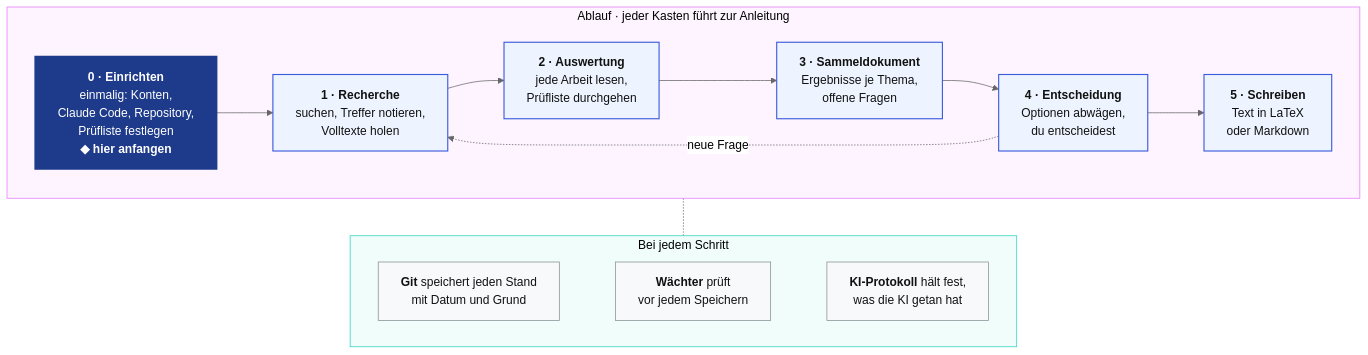
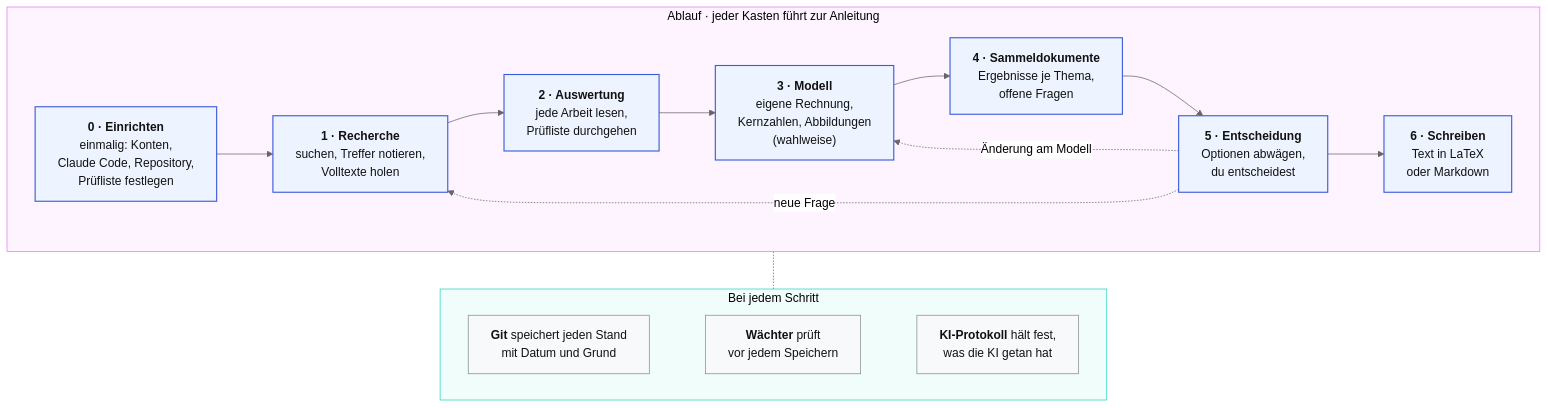
Before and after one commit to Veit-Kramer-Schoeggl/evidence-to-thesis: the diagram in README.md, drawn with Mermaid (neutral theme). The commit also changed other lines of this file and 10 other files, not shown here.

First line of the commit message:
Ablauf mit sieben Schritten wie in der Bachelorarbeit: neuer wahlweiser Schritt 3 · Modell

````diff
--- a/README.md
+++ b/README.md
@@ -32,39 +32,40 @@
 ```mermaid
 flowchart TB
     subgraph PH["Ablauf · jeder Kasten führt zur Anleitung"]
         direction LR
-        P0["<b>0 · Einrichten</b><br/>einmalig: Konten,<br/>Claude Code, Repository,<br/>Prüfliste festlegen<br/><b>◆ hier anfangen</b>"]
+        P0["<b>0 · Einrichten</b><br/>einmalig: Konten,<br/>Claude Code, Repository,<br/>Prüfliste festlegen"]
         P1["<b>1 · Recherche</b><br/>suchen, Treffer notieren,<br/>Volltexte holen"]
         P2["<b>2 · Auswertung</b><br/>jede Arbeit lesen,<br/>Prüfliste durchgehen"]
-        P3["<b>3 · Sammeldokument</b><br/>Ergebnisse je Thema,<br/>offene Fragen"]
-        P4["<b>4 · Entscheidung</b><br/>Optionen abwägen,<br/>du entscheidest"]
-        P5["<b>5 · Schreiben</b><br/>Text in LaTeX<br/>oder Markdown"]
-        P0 --> P1 --> P2 --> P3 --> P4 --> P5
-        P4 -. "neue Frage" .-> P1
+        P3["<b>3 · Modell</b><br/>eigene Rechnung,<br/>Kernzahlen, Abbildungen<br/>(wahlweise)"]
+        P4["<b>4 · Sammeldokumente</b><br/>Ergebnisse je Thema,<br/>offene Fragen"]
+        P5["<b>5 · Entscheidung</b><br/>Optionen abwägen,<br/>du entscheidest"]
+        P6["<b>6 · Schreiben</b><br/>Text in LaTeX<br/>oder Markdown"]
+        P0 --> P1 --> P2 --> P3 --> P4 --> P5 --> P6
+        P5 -. "neue Frage" .-> P1
+        P5 -. "Änderung am Modell" .-> P3
     end
     subgraph QS["Bei jedem Schritt"]
         direction LR
         Q1["<b>Git</b> speichert jeden Stand<br/>mit Datum und Grund"]
         Q2["<b>Wächter</b> prüft<br/>vor jedem Speichern"]
         Q3["<b>KI-Protokoll</b> hält fest,<br/>was die KI getan hat"]
         Q1 ~~~ Q2 ~~~ Q3
     end
     PH -.- QS
     click P0 "https://github.com/Veit-Kramer-Schoeggl/evidence-to-thesis/blob/main/ablauf/0-einrichten.md" _blank
     click P1 "https://github.com/Veit-Kramer-Schoeggl/evidence-to-thesis/blob/main/ablauf/1-recherche.md" _blank
     click P2 "https://github.com/Veit-Kramer-Schoeggl/evidence-to-thesis/blob/main/ablauf/2-auswertung.md" _blank
-    click P3 "https://github.com/Veit-Kramer-Schoeggl/evidence-to-thesis/blob/main/ablauf/3-sammeldokument.md" _blank
-    click P4 "https://github.com/Veit-Kramer-Schoeggl/evidence-to-thesis/blob/main/ablauf/4-entscheidung.md" _blank
-    click P5 "https://github.com/Veit-Kramer-Schoeggl/evidence-to-thesis/blob/main/ablauf/5-schreiben.md" _blank
+    click P3 "https://github.com/Veit-Kramer-Schoeggl/evidence-to-thesis/blob/main/ablauf/3-modell.md" _blank
+    click P4 "https://github.com/Veit-Kramer-Schoeggl/evidence-to-thesis/blob/main/ablauf/4-sammeldokumente.md" _blank
+    click P5 "https://github.com/Veit-Kramer-Schoeggl/evidence-to-thesis/blob/main/ablauf/5-entscheidung.md" _blank
+    click P6 "https://github.com/Veit-Kramer-Schoeggl/evidence-to-thesis/blob/main/ablauf/6-schreiben.md" _blank
     click Q1 "https://github.com/Veit-Kramer-Schoeggl/evidence-to-thesis/blob/main/ablauf/bei-jedem-schritt.md" _blank
     click Q2 "https://github.com/Veit-Kramer-Schoeggl/evidence-to-thesis/blob/main/ablauf/bei-jedem-schritt.md" _blank
     click Q3 "https://github.com/Veit-Kramer-Schoeggl/evidence-to-thesis/blob/main/ablauf/bei-jedem-schritt.md" _blank
     style PH fill:#FDF4FF,stroke:#E879F9,color:#000
     style QS fill:#F0FDFA,stroke:#2DD4BF,color:#000
     classDef phase fill:#eef4ff,stroke:#3b5bdb,stroke-width:1.5px,color:#111
-    classDef start fill:#1e3a8a,stroke:#1e3a8a,stroke-width:2px,color:#fff
     classDef quer fill:#f8f9fa,stroke:#868e96,color:#111
-    class P1,P2,P3,P4,P5 phase
-    class P0 start
+    class P0,P1,P2,P3,P4,P5,P6 phase
     class Q1,Q2,Q3 quer
 ```
````
